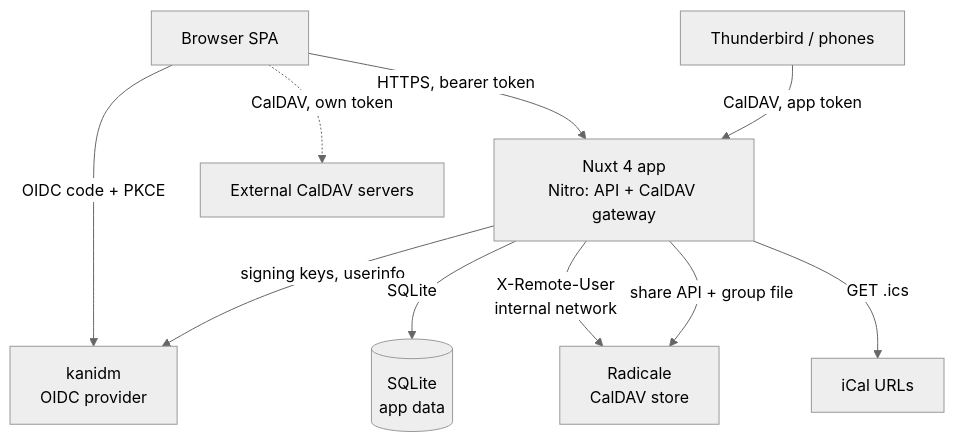
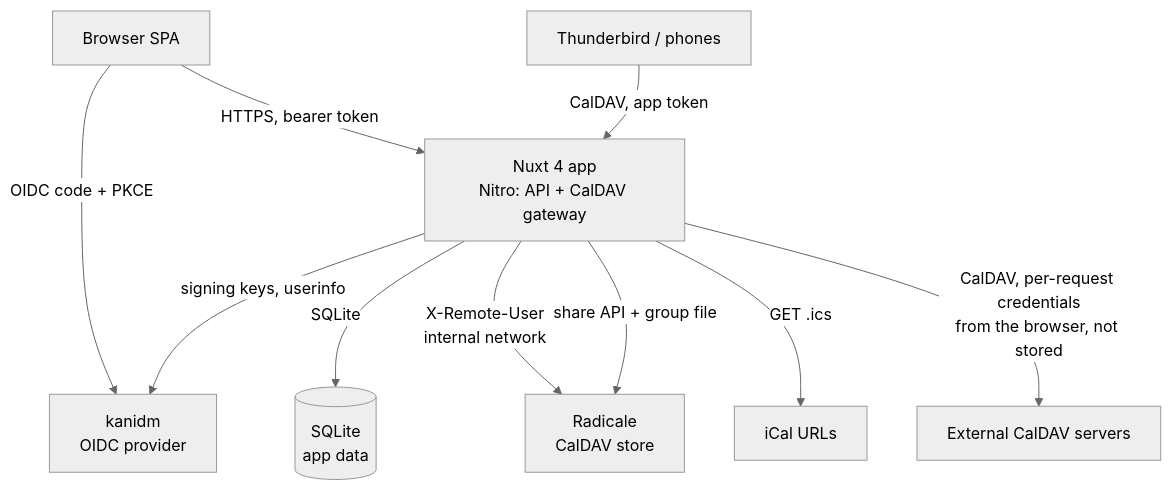
One commit to ByteSquire/web-calendar changed the first of 3 diagrams in docs/design.md. Above: the diagram before and after it, drawn with Mermaid (neutral theme). The commit also changed other lines of this file and 5 other files, not shown here.

````diff
--- a/docs/design.md
+++ b/docs/design.md
@@ -104,13 +105,13 @@
 ```mermaid
 graph TD
     Browser[Browser SPA] -->|HTTPS, bearer token| Nuxt
     TB[Thunderbird / phones] -->|CalDAV, app token| Nuxt
     Nuxt[Nuxt 4 app<br/>Nitro: API + CalDAV gateway]
     Browser -->|OIDC code + PKCE| Kanidm[kanidm<br/>OIDC provider]
     Nuxt -->|signing keys, userinfo| Kanidm
     Nuxt -->|SQLite| DB[(SQLite<br/>app data)]
     Nuxt -->|X-Remote-User<br/>internal network| Radicale[Radicale<br/>CalDAV store]
     Nuxt -->|share API + group file| Radicale
     Nuxt -->|GET .ics| ICS[iCal URLs]
-    Browser -.->|CalDAV, own token| Ext[External CalDAV servers]
+    Nuxt -->|CalDAV, per-request credentials<br/>from the browser, not stored| Ext[External CalDAV servers]
 ```
````
